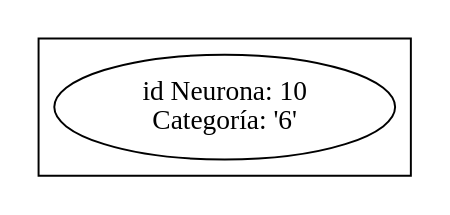
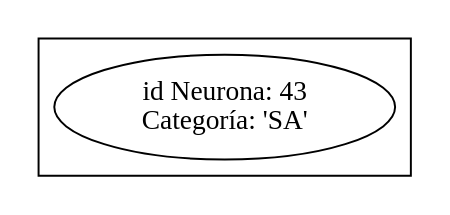
One commit to JohansSosa89/Brain-Cemisid-v1.5 changed the diagram in Obj/net_hearing.dot. Above: the diagram before and after it, drawn with Graphviz. The commit also changed 45 other files, not shown here.

```diff
--- a/Obj/net_hearing.dot
+++ b/Obj/net_hearing.dot
@@ -1,87 +1,109 @@
 graph net_neuron{
 rankdir=LR;
 subgraph cluster_0{ }
 subgraph cluster_1{ }
 subgraph cluster_2{ }
 subgraph cluster_3{ }
 subgraph cluster_4{ }
 subgraph cluster_5{ }
-subgraph cluster_6{ "item10" [label=  "id Neurona: 10\nCategor&iacute;a: '6'"];
-}
+subgraph cluster_6{ }
 subgraph cluster_7{ }
 subgraph cluster_8{ }
 subgraph cluster_9{ }
 subgraph cluster_10{ }
 subgraph cluster_11{ }
 subgraph cluster_12{ }
 subgraph cluster_13{ }
 subgraph cluster_14{ }
 subgraph cluster_15{ }
 subgraph cluster_16{ }
 subgraph cluster_17{ }
 subgraph cluster_18{ }
 subgraph cluster_19{ }
 subgraph cluster_20{ }
 subgraph cluster_21{ }
 subgraph cluster_22{ }
 subgraph cluster_23{ }
 subgraph cluster_24{ }
 subgraph cluster_25{ }
 subgraph cluster_26{ }
 subgraph cluster_27{ }
 subgraph cluster_28{ }
 subgraph cluster_29{ }
 subgraph cluster_30{ }
 subgraph cluster_31{ }
 subgraph cluster_32{ }
 subgraph cluster_33{ }
 subgraph cluster_34{ }
 subgraph cluster_35{ }
 subgraph cluster_36{ }
 subgraph cluster_37{ }
 subgraph cluster_38{ }
 subgraph cluster_39{ }
 subgraph cluster_40{ }
 subgraph cluster_41{ }
 subgraph cluster_42{ }
-subgraph cluster_43{ }
+subgraph cluster_43{ "item43" [label=  "id Neurona: 43\nCategor&iacute;a: 'SA'"];
+}
 subgraph cluster_44{ }
 subgraph cluster_45{ }
 subgraph cluster_46{ }
 subgraph cluster_47{ }
 subgraph cluster_48{ }
 subgraph cluster_49{ }
 subgraph cluster_50{ }
 subgraph cluster_51{ }
 subgraph cluster_52{ }
 subgraph cluster_53{ }
 subgraph cluster_54{ }
 subgraph cluster_55{ }
 subgraph cluster_56{ }
 subgraph cluster_57{ }
 subgraph cluster_58{ }
 subgraph cluster_59{ }
 subgraph cluster_60{ }
 subgraph cluster_61{ }
 subgraph cluster_62{ }
 subgraph cluster_63{ }
 subgraph cluster_64{ }
 subgraph cluster_65{ }
 subgraph cluster_66{ }
 subgraph cluster_67{ }
 subgraph cluster_68{ }
 subgraph cluster_69{ }
 subgraph cluster_70{ }
 subgraph cluster_71{ }
 subgraph cluster_72{ }
 subgraph cluster_73{ }
 subgraph cluster_74{ }
 subgraph cluster_75{ }
 subgraph cluster_76{ }
 subgraph cluster_77{ }
 subgraph cluster_78{ }
 subgraph cluster_79{ }
 subgraph cluster_80{ }
 subgraph cluster_81{ }
+subgraph cluster_82{ }
+subgraph cluster_83{ }
+subgraph cluster_84{ }
+subgraph cluster_85{ }
+subgraph cluster_86{ }
+subgraph cluster_87{ }
+subgraph cluster_88{ }
+subgraph cluster_89{ }
+subgraph cluster_90{ }
+subgraph cluster_91{ }
+subgraph cluster_92{ }
+subgraph cluster_93{ }
+subgraph cluster_94{ }
+subgraph cluster_95{ }
+subgraph cluster_96{ }
+subgraph cluster_97{ }
+subgraph cluster_98{ }
+subgraph cluster_99{ }
+subgraph cluster_100{ }
+subgraph cluster_101{ }
+subgraph cluster_102{ }
+subgraph cluster_103{ }
 
 }
```
